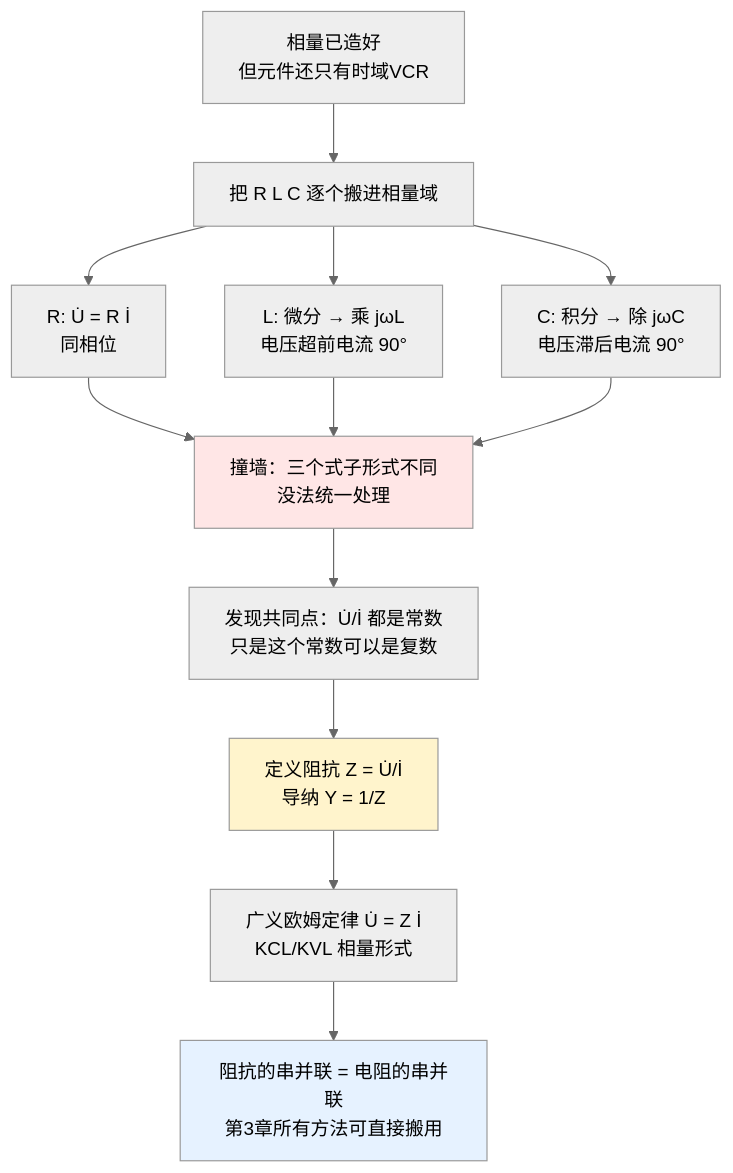
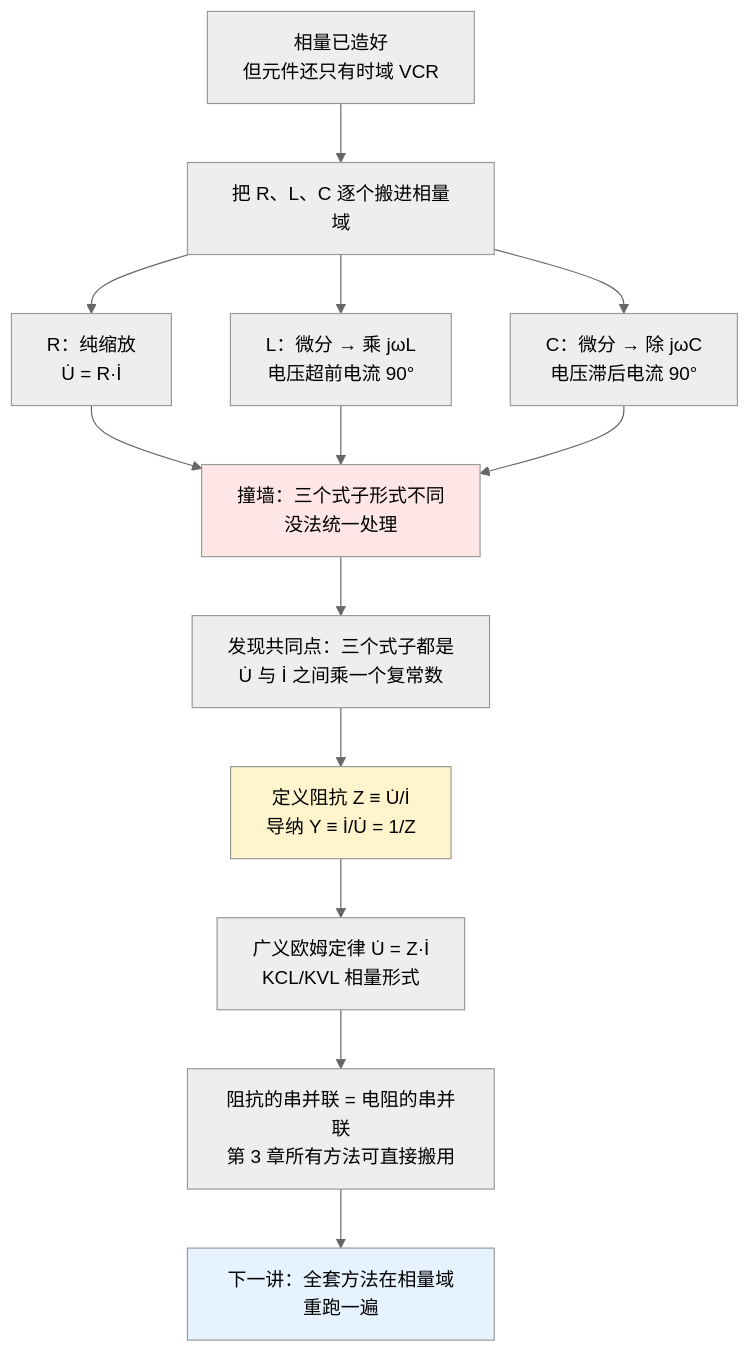
Before and after one commit to KayeAdams515/ClaudeNotes: the diagram in 电路基础/C4.2 元件相量模型与阻抗导纳.md, drawn with Mermaid (neutral theme). The commit also changed other lines of this file and 352 other files, not shown here.

````diff
--- a/电路基础/C4.2 元件相量模型与阻抗导纳.md
+++ b/电路基础/C4.2 元件相量模型与阻抗导纳.md
@@ -20,17 +24,18 @@
 ```mermaid
 graph TD
-    A["相量已造好<br/>但元件还只有时域VCR"] --> B["把 R L C 逐个搬进相量域"]
-    B --> C["R: U̇ = R İ<br/>同相位"]
-    B --> D["L: 微分 → 乘 jωL<br/>电压超前电流 90°"]
-    B --> E["C: 积分 → 除 jωC<br/>电压滞后电流 90°"]
+    A["相量已造好<br/>但元件还只有时域 VCR"] --> B["把 R、L、C 逐个搬进相量域"]
+    B --> C["R：纯缩放<br/>U̇ = R·İ"]
+    B --> D["L：微分 → 乘 jωL<br/>电压超前电流 90°"]
+    B --> E["C：微分 → 除 jωC<br/>电压滞后电流 90°"]
     C --> F["撞墙：三个式子形式不同<br/>没法统一处理"]
     D --> F
     E --> F
-    F --> G["发现共同点：U̇/İ 都是常数<br/>只是这个常数可以是复数"]
-    G --> H["定义阻抗 Z = U̇/İ<br/>导纳 Y = 1/Z"]
-    H --> I["广义欧姆定律 U̇ = Z İ<br/>KCL/KVL 相量形式"]
-    I --> J["阻抗的串并联 = 电阻的串并联<br/>第3章所有方法可直接搬用"]
+    F --> G["发现共同点：三个式子都是<br/>U̇ 与 İ 之间乘一个复常数"]
+    G --> H["定义阻抗 Z ≡ U̇/İ<br/>导纳 Y ≡ İ/U̇ = 1/Z"]
+    H --> I["广义欧姆定律 U̇ = Z·İ<br/>KCL/KVL 相量形式"]
+    I --> J["阻抗的串并联 = 电阻的串并联<br/>第 3 章所有方法可直接搬用"]
+    J --> K["下一讲：全套方法在相量域重跑一遍"]
     style F fill:#ffe6e6
     style H fill:#fff4cc
-    style J fill:#e6f2ff
+    style K fill:#e6f2ff
 ```
````
